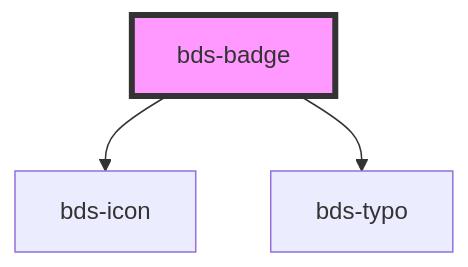
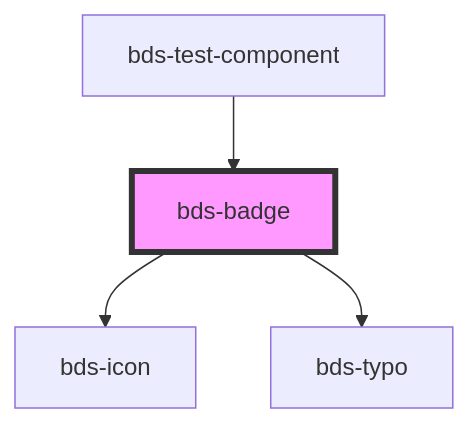
The diagram in src/components/badge/readme.md (takenet/blip-ds), drawn with Mermaid before and after one commit. The commit also changed other lines of this file and 8 other files, not shown here.

````diff
--- a/src/components/badge/readme.md
+++ b/src/components/badge/readme.md
@@ -27,6 +31,7 @@
 ```mermaid
 graph TD;
   bds-badge --> bds-icon
   bds-badge --> bds-typo
+  bds-test-component --> bds-badge
   style bds-badge fill:#f9f,stroke:#333,stroke-width:4px
 ```
````
